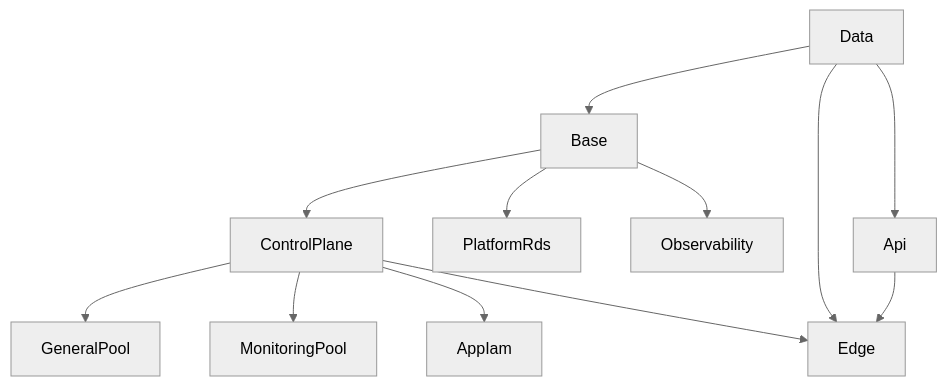
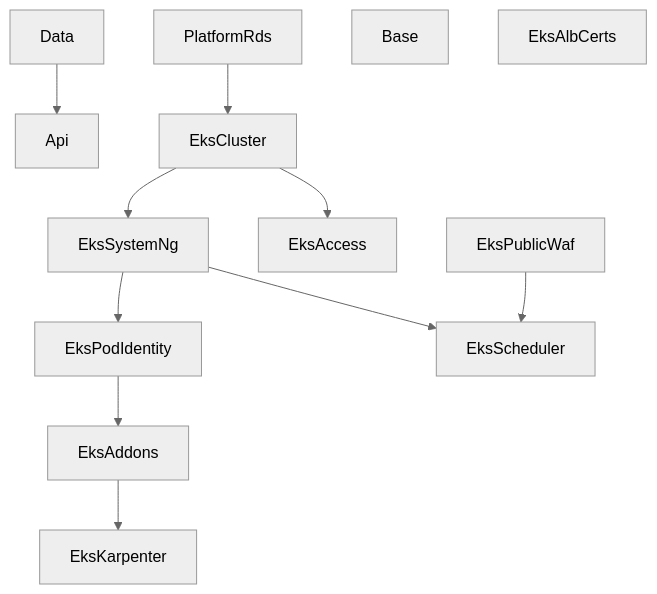
One commit to Nelson-Lamounier/tucaken-infra changed the diagram in docs/projects/cdk-platform-stacks.md. Above: the diagram before and after it, drawn with Mermaid (neutral theme). The commit also changed other lines of this file and 5 other files, not shown here.

First line of the commit message:
docs(kb): add EKS log-cost and pod-identity docs

````diff
--- a/docs/projects/cdk-platform-stacks.md
+++ b/docs/projects/cdk-platform-stacks.md
@@ -40,14 +90,14 @@
 ```mermaid
 graph TD
-    DATA[Data] --> BASE[Base]
-    BASE --> CP[ControlPlane]
-    BASE --> PRDS[PlatformRds]
-    BASE --> OBS[Observability]
-    DATA --> API[Api]
-    CP --> GPOOL[GeneralPool]
-    CP --> MPOOL[MonitoringPool]
-    CP --> APPIAM[AppIam]
-    CP --> EDGE[Edge]
-    DATA --> EDGE
-    API --> EDGE
+    DATA[Data] --> API[Api]
+    PRDS[PlatformRds] --> CLUSTER[EksCluster]
+    CLUSTER --> SYSNG[EksSystemNg]
+    CLUSTER --> ACCESS[EksAccess]
+    SYSNG --> PODID[EksPodIdentity]
+    PODID --> ADDONS[EksAddons]
+    ADDONS --> KARP[EksKarpenter]
+    SYSNG --> SCHED[EksScheduler]
+    WAF[EksPublicWaf] --> SCHED
+    BASE[Base]
+    ALBCERTS[EksAlbCerts]
 ```
````
